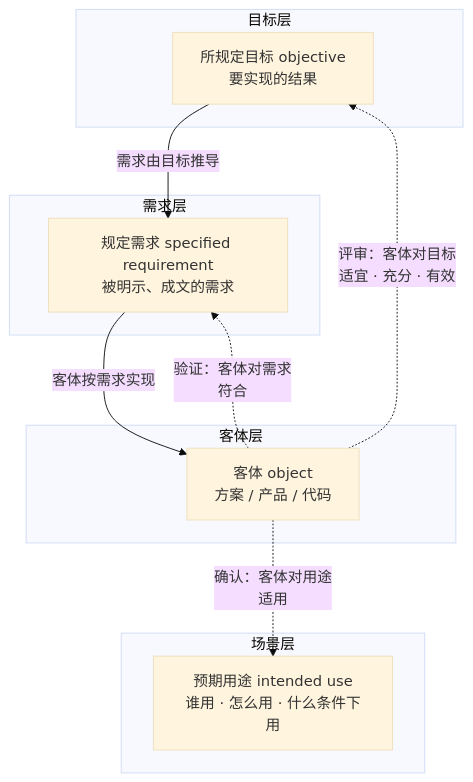
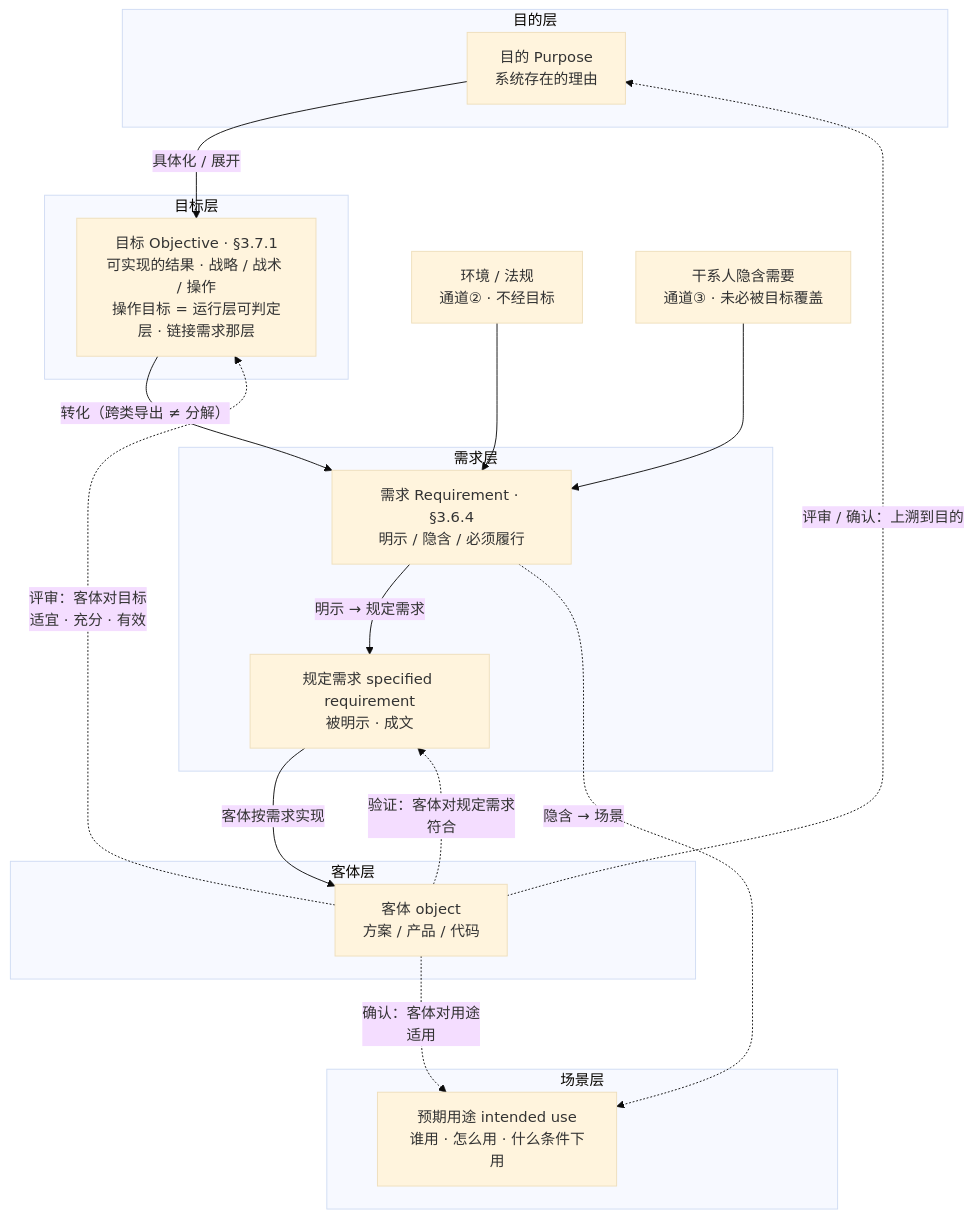
Before and after one commit to Yongjunzhou/AOS-system-design: the first of 4 diagrams in 50-research/教材书/08-第8章-评审验证与确认-三个看门人.md, drawn with Mermaid (base theme). The commit also changed other lines of this file and 8 other files, not shown here.

````diff
--- a/50-research/教材书/08-第8章-评审验证与确认-三个看门人.md
+++ b/50-research/教材书/08-第8章-评审验证与确认-三个看门人.md
@@ -114,20 +114,32 @@
 ```mermaid
 flowchart TB
+    subgraph 目的层["目的层"]
+        P["目的 Purpose<br/>系统存在的理由"]
+    end
+    E["环境 / 法规<br/>通道② · 不经目标"]
+    S["干系人隐含需要<br/>通道③ · 未必被目标覆盖"]
     subgraph 目标层["目标层"]
-        T["所规定目标 objective<br/>要实现的结果"]
+        T["目标 Objective · §3.7.1<br/>可实现的结果 · 战略 / 战术 / 操作<br/>操作目标 = 运行层可判定层 · 链接需求那层"]
     end
     subgraph 需求层["需求层"]
-        R["规定需求 specified requirement<br/>被明示、成文的需求"]
+        R["需求 Requirement · §3.6.4<br/>明示 / 隐含 / 必须履行"]
+        SR["规定需求 specified requirement<br/>被明示 · 成文"]
     end
     subgraph 客体层["客体层"]
         O["客体 object<br/>方案 / 产品 / 代码"]
     end
     subgraph 场景层["场景层"]
         U["预期用途 intended use<br/>谁用 · 怎么用 · 什么条件下用"]
     end
-    T -->|"需求由目标推导"| R
-    R -->|"客体按需求实现"| O
+    P -->|"具体化 / 展开"| T
+    T -->|"转化（跨类导出 ≠ 分解）"| R
+    E --> R
+    S --> R
+    R -->|"明示 → 规定需求"| SR
+    R -.->|"隐含 → 场景"| U
+    SR -->|"客体按需求实现"| O
     O -.->|"评审：客体对目标<br/>适宜 · 充分 · 有效"| T
-    O -.->|"验证：客体对需求<br/>符合"| R
+    O -.->|"验证：客体对规定需求<br/>符合"| SR
     O -.->|"确认：客体对用途<br/>适用"| U
+    O -.->|"评审 / 确认：上溯到目的"| P
 ```
````
